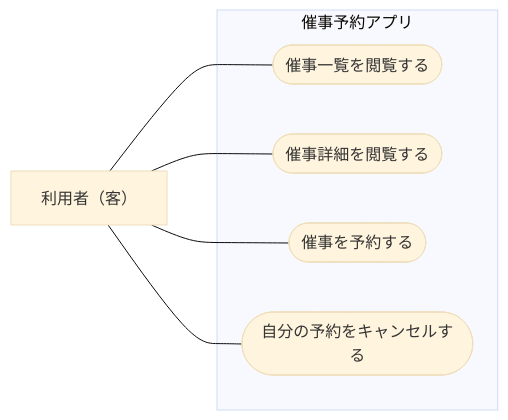
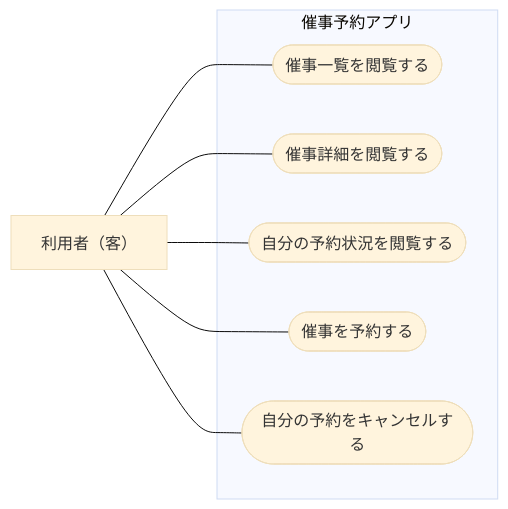
Before and after one commit to netakiryosuke/nextjs-ddd-sample: the diagram in docs/usecase.md, drawn with Mermaid (base theme). The commit also changed other lines of this file and 1 other file, not shown here.

Commit message:
Document reservation lookup use case

````diff
--- a/docs/usecase.md
+++ b/docs/usecase.md
@@ -8,16 +8,18 @@
 ```mermaid
 flowchart LR
     customer["利用者（客）"]
 
     subgraph system["催事予約アプリ"]
         list(["催事一覧を閲覧する"])
         detail(["催事詳細を閲覧する"])
+        reservation(["自分の予約状況を閲覧する"])
         reserve(["催事を予約する"])
         cancel(["自分の予約をキャンセルする"])
     end
 
     customer --- list
     customer --- detail
+    customer --- reservation
     customer --- reserve
     customer --- cancel
 ```
````
